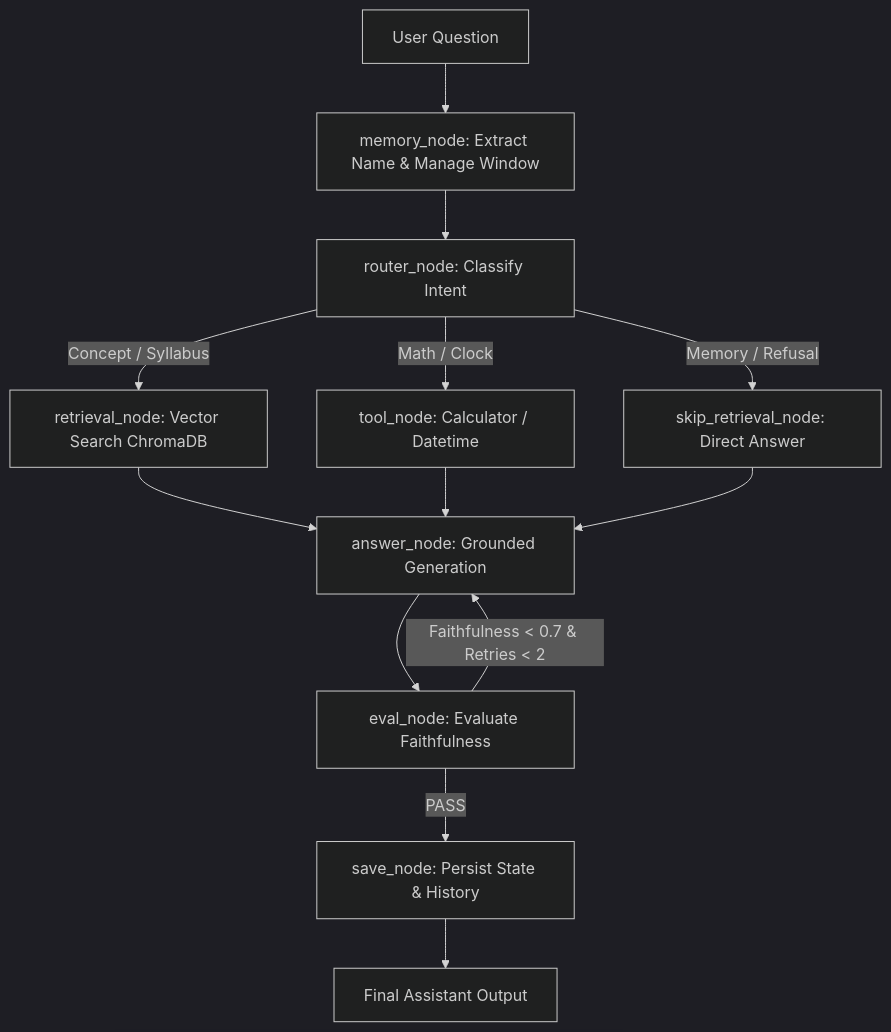
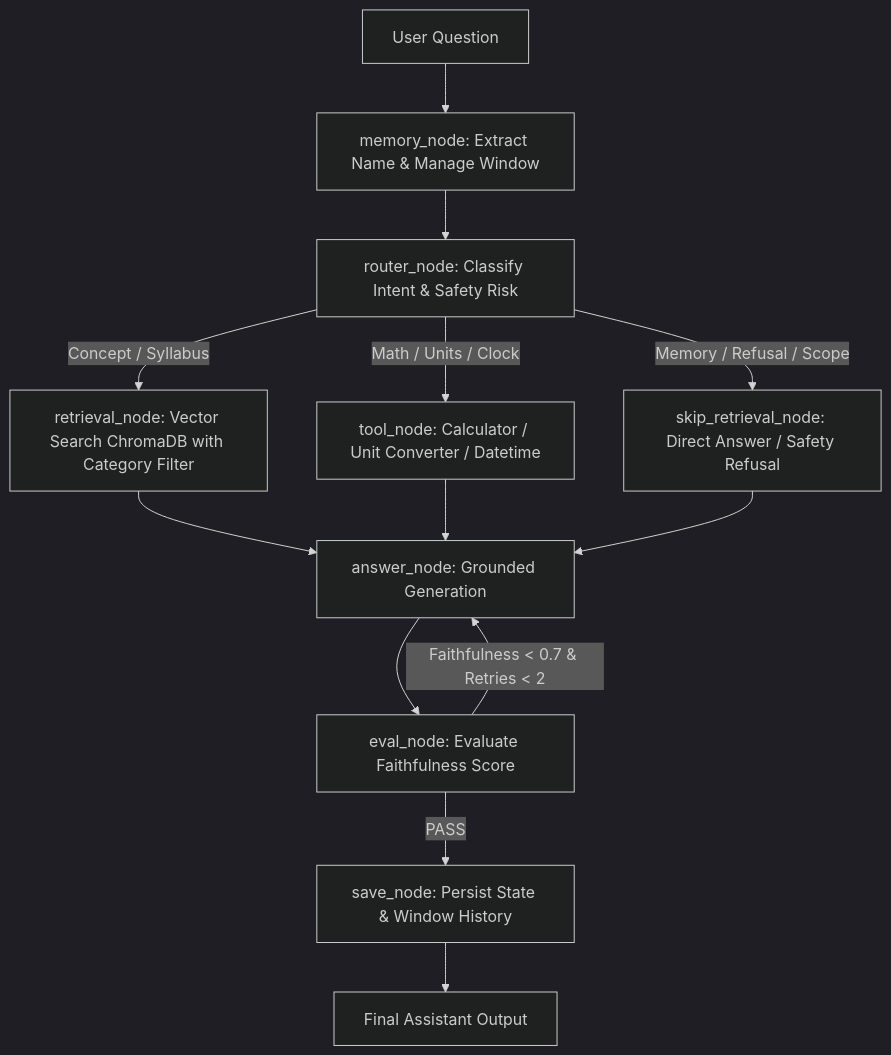
The diagram in submission_package/README.md (Y2XNishan/physics-study-buddy-capstone), drawn with Mermaid (dark theme) before and after one commit. The commit also changed other lines of this file and 1 other file, not shown here.

````diff
--- a/submission_package/README.md
+++ b/submission_package/README.md
@@ -9,15 +9,15 @@
 ```mermaid
 graph TD
     A[User Question] --> B[memory_node: Extract Name & Manage Window]
-    B --> C[router_node: Classify Intent]
-    C -->|Concept / Syllabus| D[retrieval_node: Vector Search ChromaDB]
-    C -->|Math / Clock| E[tool_node: Calculator / Datetime]
-    C -->|Memory / Refusal| F[skip_retrieval_node: Direct Answer]
+    B --> C[router_node: Classify Intent & Safety Risk]
+    C -->|Concept / Syllabus| D[retrieval_node: Vector Search ChromaDB with Category Filter]
+    C -->|Math / Units / Clock| E[tool_node: Calculator / Unit Converter / Datetime]
+    C -->|Memory / Refusal / Scope| F[skip_retrieval_node: Direct Answer / Safety Refusal]
     D --> G[answer_node: Grounded Generation]
     E --> G
     F --> G
-    G --> H[eval_node: Evaluate Faithfulness]
+    G --> H[eval_node: Evaluate Faithfulness Score]
     H -->|Faithfulness < 0.7 & Retries < 2| G
-    H -->|PASS| I[save_node: Persist State & History]
+    H -->|PASS| I[save_node: Persist State & Window History]
     I --> J[Final Assistant Output]
 ```
````
